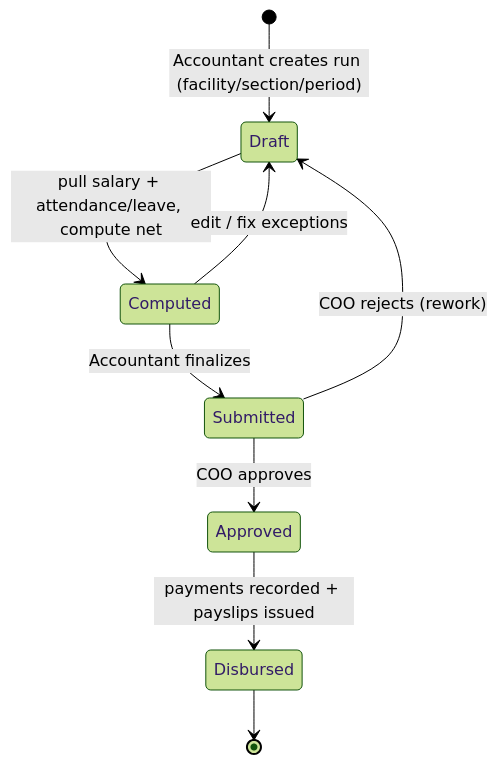
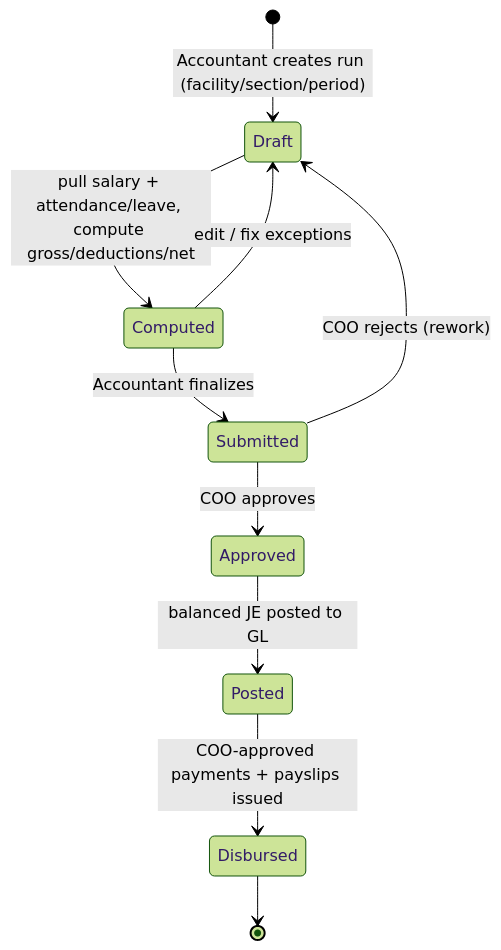
The third of 4 diagrams in docs/modules/06-finance-and-payroll.md (Hawk8066/BECS-Analytics-LIMS), drawn with Mermaid (forest theme) before and after one commit. The commit also changed other lines of this file, not shown here.

````diff
--- a/docs/modules/06-finance-and-payroll.md
+++ b/docs/modules/06-finance-and-payroll.md
@@ -136,11 +139,12 @@
 ```mermaid
 stateDiagram-v2
     [*] --> Draft: Accountant creates run (facility/section/period)
-    Draft --> Computed: pull salary + attendance/leave, compute net
+    Draft --> Computed: pull salary + attendance/leave, compute gross/deductions/net
     Computed --> Draft: edit / fix exceptions
     Computed --> Submitted: Accountant finalizes
     Submitted --> Approved: COO approves
     Submitted --> Draft: COO rejects (rework)
-    Approved --> Disbursed: payments recorded + payslips issued
+    Approved --> Posted: balanced JE posted to GL
+    Posted --> Disbursed: COO-approved payments + payslips issued
     Disbursed --> [*]
 ```
````
